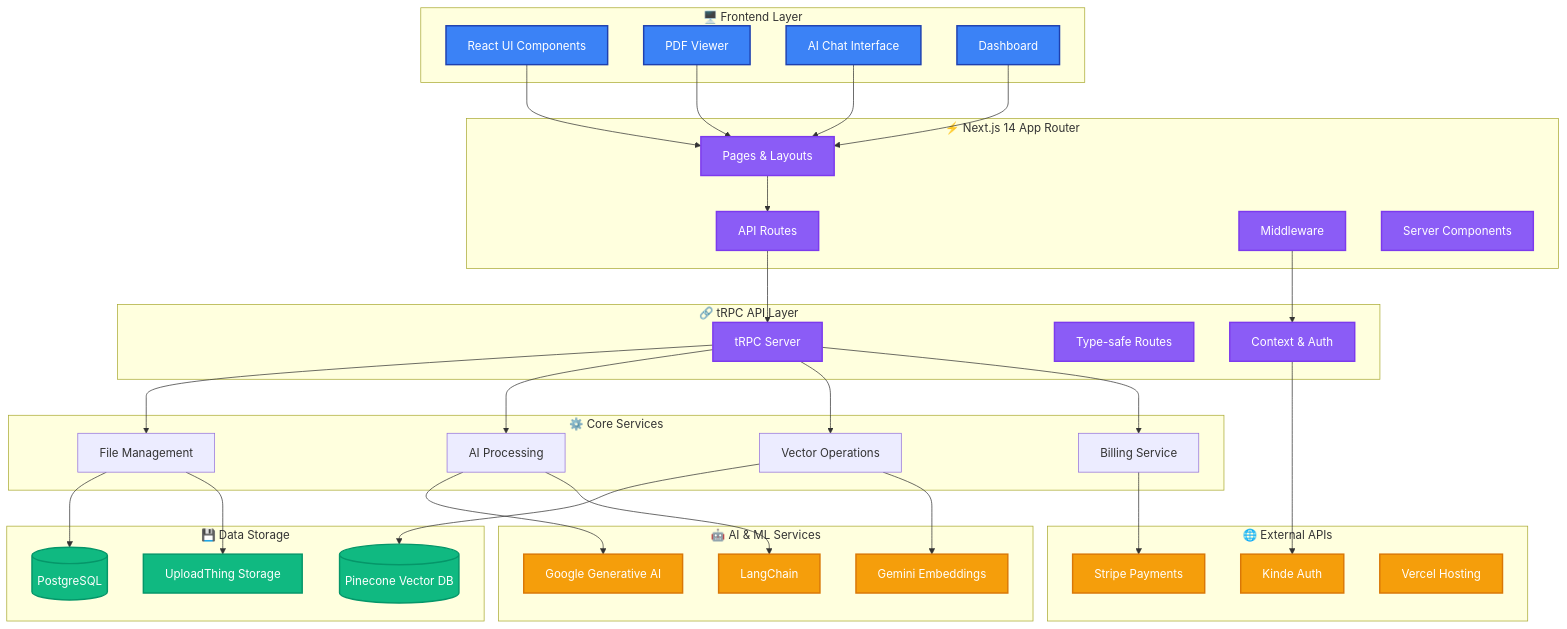
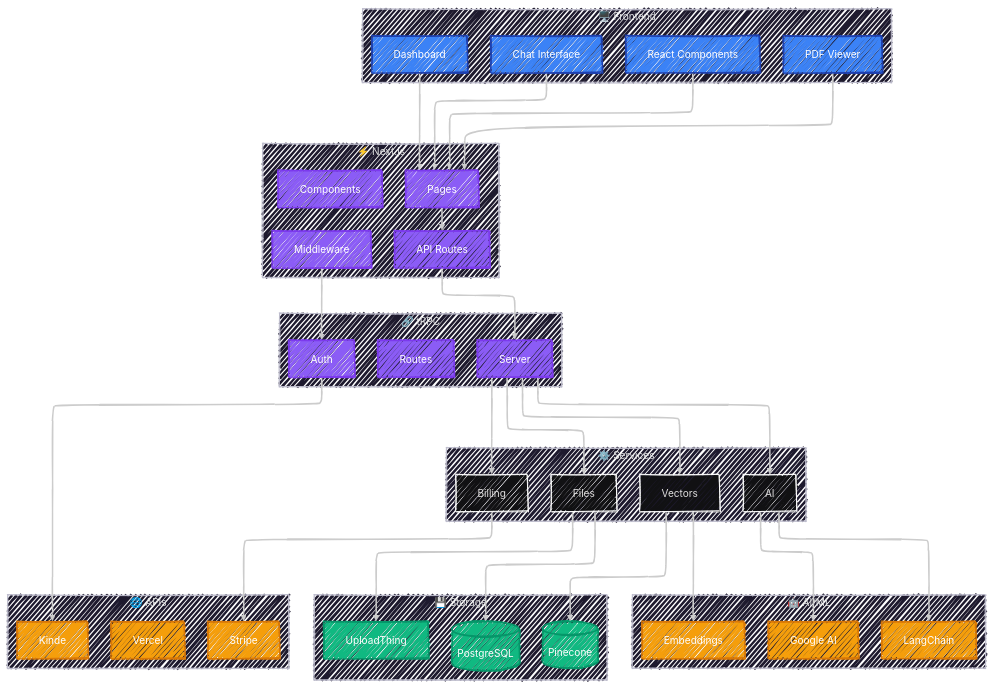
One commit to pra9711/lexinote changed the first of 2 diagrams in README.md. Above: the diagram before and after it, drawn with Mermaid.

````diff
--- a/README.md
+++ b/README.md
@@ -232,89 +232,85 @@
 ```mermaid
-graph TB
-    %% User Interface Layer
-    subgraph Frontend["🖥️ Frontend Layer"]
-        UI[React UI Components]
-        PDF[PDF Viewer]
-        CHAT[AI Chat Interface]
-        DASH[Dashboard]
-    end
-
-    %% Application Layer
-    subgraph NextJS["⚡ Next.js 14 App Router"]
-        PAGES[Pages & Layouts]
-        API[API Routes]
-        MW[Middleware]
-        SC[Server Components]
-    end
-
-    %% API Layer
-    subgraph tRPCLayer["🔗 tRPC API Layer"]
-        TRPC[tRPC Server]
-        ROUTES[Type-safe Routes]
-        CTX[Context & Auth]
-    end
-
-    %% Business Logic
-    subgraph CoreServices["⚙️ Core Services"]
-        FILE[File Management]
-        AI_SERVICE[AI Processing]
-        VECTOR[Vector Operations]
-        BILLING[Billing Service]
-    end
-
-    %% External Services
-    subgraph AIServices["🤖 AI & ML Services"]
-        GOOGLE_AI[Google Generative AI]
-        LANGCHAIN[LangChain]
-        EMBEDDINGS[Gemini Embeddings]
-    end
-
-    subgraph DataStorage["💾 Data Storage"]
-        POSTGRES[(PostgreSQL)]
-        PINECONE[(Pinecone Vector DB)]
-        UPLOADS[UploadThing Storage]
-    end
-
-    subgraph ExternalAPIs["🌐 External APIs"]
-        KINDE[Kinde Auth]
-        STRIPE[Stripe Payments]
-        VERCEL[Vercel Hosting]
-    end
-
-    %% Data Flow
+---
+config:
+  layout: elk
+  look: handDrawn
+  theme: redux-dark
+---
+flowchart TB
+ subgraph Frontend["🖥️ Frontend"]
+        UI["React Components"]
+        PDF["PDF Viewer"]
+        CHAT["Chat Interface"]
+        DASH["Dashboard"]
+  end
+ subgraph NextJS["⚡ Next.js"]
+        PAGES["Pages"]
+        API["API Routes"]
+        MW["Middleware"]
+        SC["Components"]
+  end
+ subgraph tRPCLayer["🔗 tRPC"]
+        TRPC["Server"]
+        ROUTES["Routes"]
+        CTX["Auth"]
+  end
+ subgraph CoreServices["⚙️ Services"]
+        FILE["Files"]
+        AI_SERVICE["AI"]
+        VECTOR["Vectors"]
+        BILLING["Billing"]
+  end
+ subgraph AIServices["🤖 AI/ML"]
+        GOOGLE_AI["Google AI"]
+        LANGCHAIN["LangChain"]
+        EMBEDDINGS["Embeddings"]
+  end
+ subgraph DataStorage["💾 Storage"]
+        POSTGRES[("PostgreSQL")]
+        PINECONE[("Pinecone")]
+        UPLOADS["UploadThing"]
+  end
+ subgraph ExternalAPIs["🌐 APIs"]
+        KINDE["Kinde"]
+        STRIPE["Stripe"]
+        VERCEL["Vercel"]
+  end
     UI --> PAGES
     PDF --> PAGES
     CHAT --> PAGES
     DASH --> PAGES
-
     PAGES --> API
     API --> TRPC
     MW --> CTX
-
-    TRPC --> FILE
-    TRPC --> AI_SERVICE
-    TRPC --> VECTOR
-    TRPC --> BILLING
-
-    FILE --> POSTGRES
-    FILE --> UPLOADS
-
-    AI_SERVICE --> GOOGLE_AI
-    AI_SERVICE --> LANGCHAIN
-    VECTOR --> PINECONE
-    VECTOR --> EMBEDDINGS
-
+    TRPC --> FILE & AI_SERVICE & VECTOR & BILLING
+    FILE --> POSTGRES & UPLOADS
+    AI_SERVICE --> GOOGLE_AI & LANGCHAIN
+    VECTOR --> PINECONE & EMBEDDINGS
     BILLING --> STRIPE
     CTX --> KINDE
-
-    %% Enhanced Styling for Better Visibility
+     UI:::frontend
+     PDF:::frontend
+     CHAT:::frontend
+     DASH:::frontend
+     PAGES:::backend
+     API:::backend
+     MW:::backend
+     SC:::backend
+     TRPC:::backend
+     ROUTES:::backend
+     CTX:::backend
+     GOOGLE_AI:::external
+     LANGCHAIN:::external
+     EMBEDDINGS:::external
+     POSTGRES:::database
+     PINECONE:::database
+     UPLOADS:::database
+     KINDE:::external
+     STRIPE:::external
+     VERCEL:::external
     classDef frontend fill:#3b82f6,stroke:#1e40af,stroke-width:2px,color:#ffffff
     classDef backend fill:#8b5cf6,stroke:#7c3aed,stroke-width:2px,color:#ffffff
     classDef database fill:#10b981,stroke:#059669,stroke-width:2px,color:#ffffff
     classDef external fill:#f59e0b,stroke:#d97706,stroke-width:2px,color:#ffffff
 
-    class UI,PDF,CHAT,DASH frontend
-    class PAGES,API,MW,SC,TRPC,ROUTES,CTX backend
-    class POSTGRES,PINECONE,UPLOADS database
-    class GOOGLE_AI,LANGCHAIN,EMBEDDINGS,KINDE,STRIPE,VERCEL external
 ```
````
